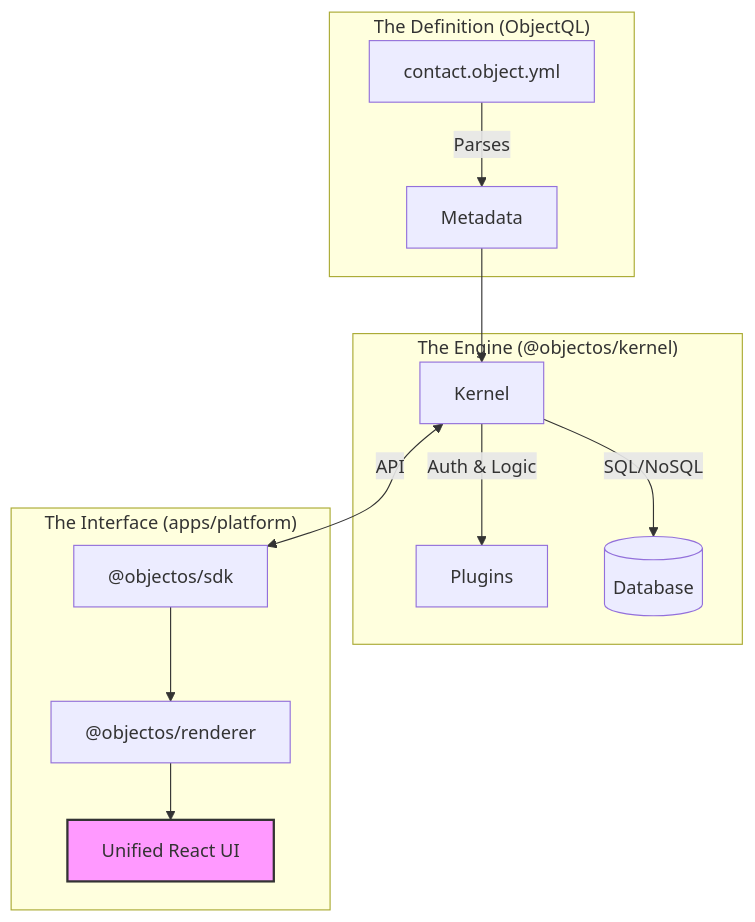
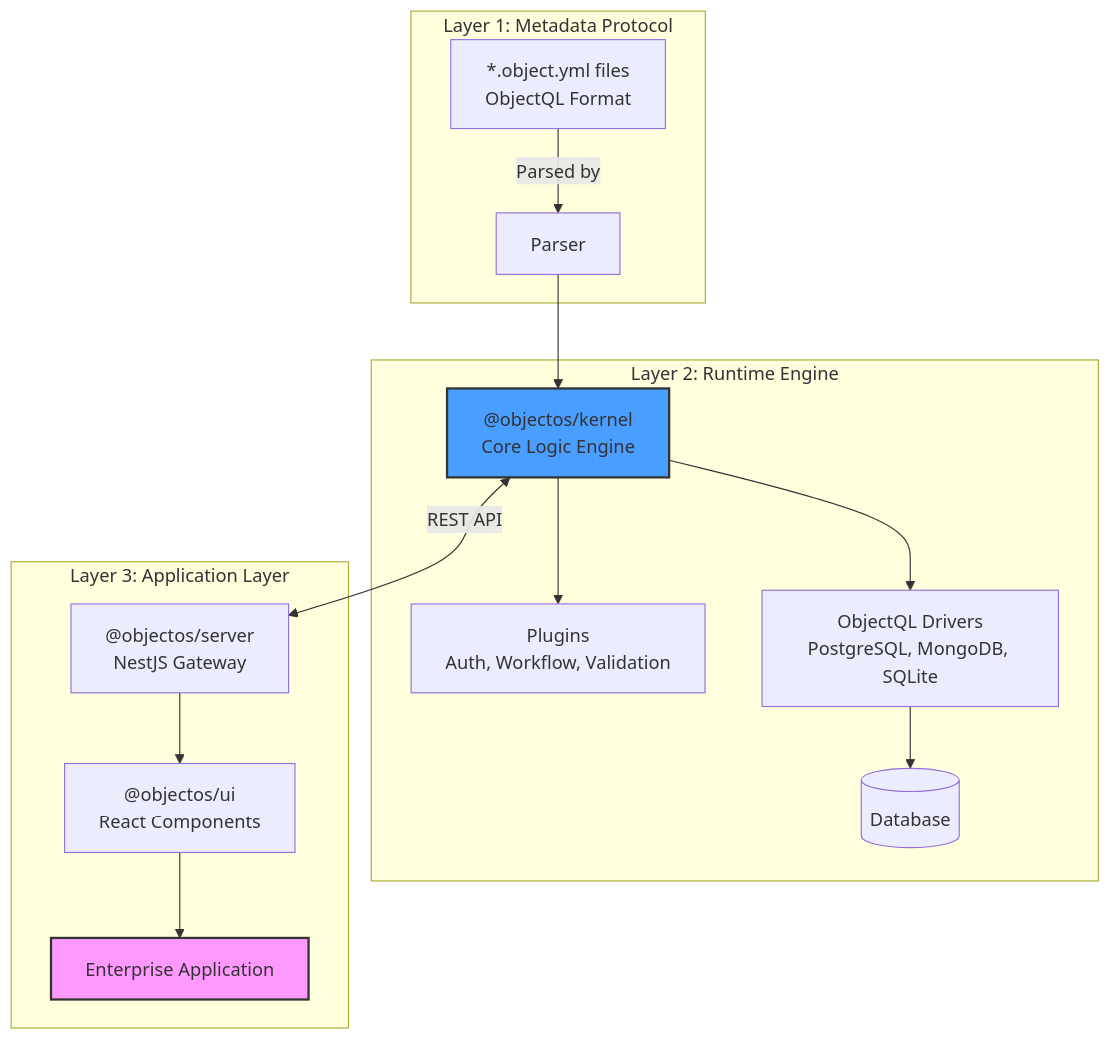
One commit to objectql/objectos changed the diagram in README.md. Above: the diagram before and after it, drawn with Mermaid. The commit also changed other lines of this file and 7 other files, not shown here.

Commit message:
docs: Add comprehensive documentation - README, ARCHITECTURE, ROADMAP, guides

````diff
--- a/README.md
+++ b/README.md
@@ -54,21 +73,23 @@
 ```mermaid
 graph TD
-    subgraph "The Definition (ObjectQL)"
-        YAML[contact.object.yml] -->|Parses| Metadata
+    subgraph "Layer 1: Metadata Protocol"
+        YAML[*.object.yml files<br/>ObjectQL Format] -->|Parsed by| Parser
     end
     
-    subgraph "The Engine (@objectos/kernel)"
-        Metadata --> Kernel
-        Kernel -->|Auth & Logic| Plugins
-        Kernel -->|SQL/NoSQL| DB[(Database)]
+    subgraph "Layer 2: Runtime Engine"
+        Parser --> Kernel["@objectos/kernel<br/>Core Logic Engine"]
+        Kernel --> Plugins["Plugins<br/>Auth, Workflow, Validation"]
+        Kernel --> Driver["ObjectQL Drivers<br/>PostgreSQL, MongoDB, SQLite"]
+        Driver --> DB[(Database)]
     end
     
-    subgraph "The Interface (apps/platform)"
-        Kernel <-->|API| SDK["@objectos/sdk"]
-        SDK --> Renderer["@objectos/renderer"]
-        Renderer --> UI[Unified React UI]
+    subgraph "Layer 3: Application Layer"
+        Kernel <-->|REST API| Server["@objectos/server<br/>NestJS Gateway"]
+        Server --> UI["@objectos/ui<br/>React Components"]
+        UI --> App[Enterprise Application]
     end
     
-    style UI fill:#f9f,stroke:#333,stroke-width:2px
+    style Kernel fill:#4a9eff,stroke:#333,stroke-width:2px
+    style App fill:#f9f,stroke:#333,stroke-width:2px
 
 ```
````
